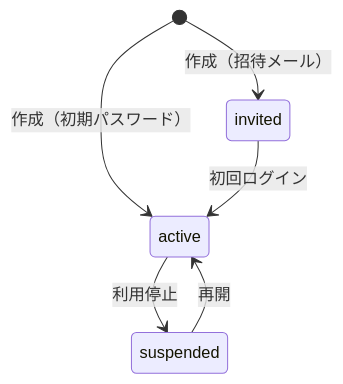
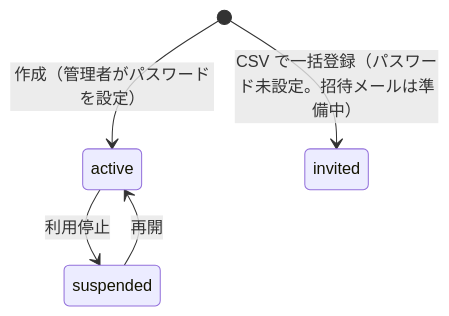
One commit to Graduation-Project-2026-11-09/agent-rag-system changed the second of 4 diagrams in docs/architecture/domain-model.md. Above: the diagram before and after it, drawn with Mermaid. The commit also changed other lines of this file and 4 other files, not shown here.

````diff
--- a/docs/architecture/domain-model.md
+++ b/docs/architecture/domain-model.md
@@ -260,8 +140,7 @@
 ```mermaid
 stateDiagram-v2
-  [*] --> invited : 作成（招待メール）
-  [*] --> active : 作成（初期パスワード）
-  invited --> active : 初回ログイン
+  [*] --> active : 作成（管理者がパスワードを設定）
+  [*] --> invited : CSV で一括登録（パスワード未設定。招待メールは準備中）
   active --> suspended : 利用停止
   suspended --> active : 再開
 ```
````
